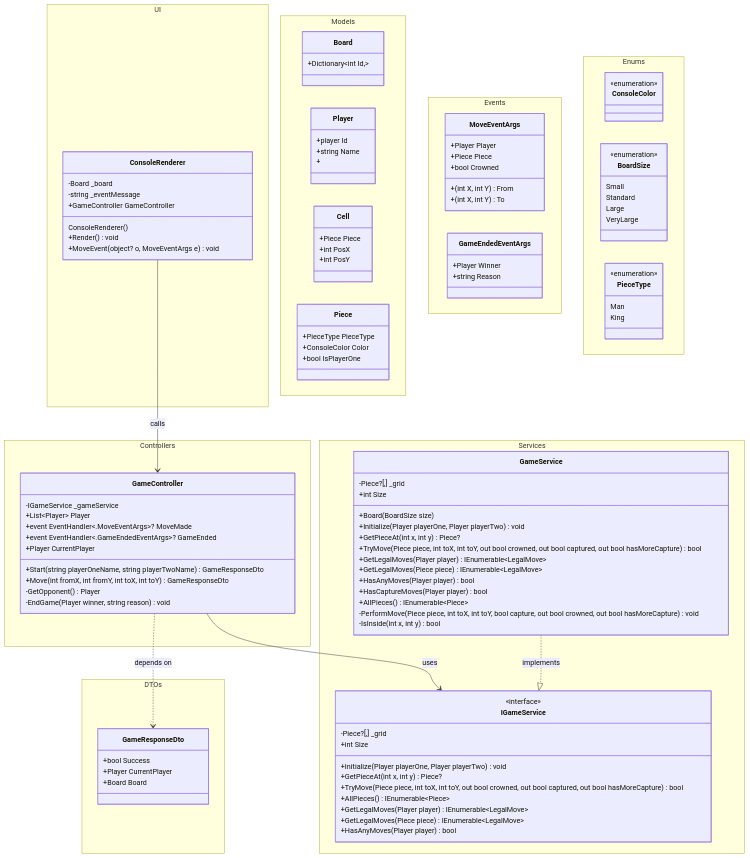
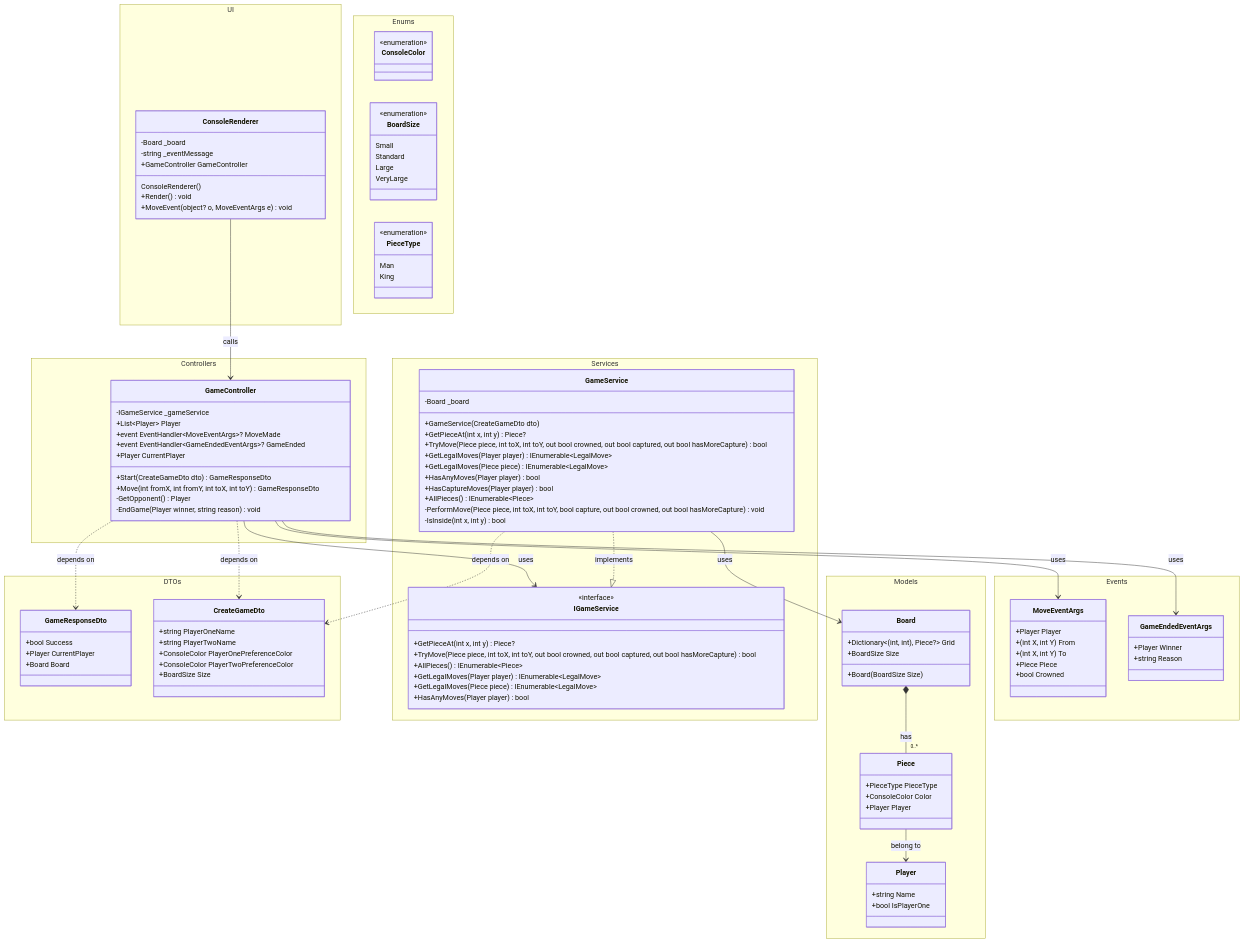
Before and after one commit to BukanRaychan/Formulatrix_CS_Bootcamp_Batch19: the diagram in CheckersBoardGame/CheckersBoardGame.mmd, drawn with Mermaid. The commit also changed 1 other file, not shown here.

Commit message:
refactor: simplify Ngulik class by removing unused notification service and related classes

```diff
--- a/CheckersBoardGame/CheckersBoardGame.mmd
+++ b/CheckersBoardGame/CheckersBoardGame.mmd
@@ -1,146 +1,133 @@
 classDiagram
     namespace UI {
         class ConsoleRenderer {
             -Board _board
             -string _eventMessage
             +GameController GameController
             ConsoleRenderer()
             +Render() void
             +MoveEvent(object? o, MoveEventArgs e) void
         }
     }
 
     namespace DTOs {
-        class GameResponseDto{
+        class GameResponseDto {
             +bool Success
             +Player CurrentPlayer
             +Board Board 
+        }
+
+        class CreateGameDto {
+            +string PlayerOneName
+            +string PlayerTwoName
+            +ConsoleColor PlayerOnePreferenceColor
+            +ConsoleColor PlayerTwoPreferenceColor
+            +BoardSize Size
         }
     }
 
     namespace Controllers {
         class GameController {
             -IGameService _gameService            
             +List~Player~ Player
-            +event EventHandler<.MoveEventArgs>? MoveMade
-            +event EventHandler<.GameEndedEventArgs>? GameEnded
+            +event EventHandler~MoveEventArgs~? MoveMade
+            +event EventHandler~GameEndedEventArgs~? GameEnded
             +Player CurrentPlayer
-            +Start(string playerOneName, string playerTwoName) GameResponseDto
+            +Start(CreateGameDto dto) GameResponseDto
             +Move(int fromX, int fromY, int toX, int toY) GameResponseDto
             -GetOpponent() Player
             -EndGame(Player winner, string reason) void
         }
     }
     
     namespace Services {
         class IGameService {
             <<interface>>
-            -Piece?[,] _grid
-            +int Size
-            +Initialize(Player playerOne, Player playerTwo) void
             +GetPieceAt(int x, int y) Piece?
             +TryMove(Piece piece, int toX, int toY, out bool crowned, out bool captured, out bool hasMoreCapture) bool
             +AllPieces() IEnumerable~Piece~
             +GetLegalMoves(Player player) IEnumerable~LegalMove~
             +GetLegalMoves(Piece piece) IEnumerable~LegalMove~
             +HasAnyMoves(Player player) bool
         }
         
         class GameService {
-            -Piece?[,] _grid
-            +int Size
-            +Board(BoardSize size)
-            +Initialize(Player playerOne, Player playerTwo) void
+            -Board _board
+            +GameService(CreateGameDto dto)
             +GetPieceAt(int x, int y) Piece?
             +TryMove(Piece piece, int toX, int toY, out bool crowned, out bool captured, out bool hasMoreCapture) bool
             +GetLegalMoves(Player player) IEnumerable~LegalMove~
             +GetLegalMoves(Piece piece) IEnumerable~LegalMove~
             +HasAnyMoves(Player player) bool
             +HasCaptureMoves(Player player) bool
             +AllPieces() IEnumerable~Piece~
             -PerformMove(Piece piece, int toX, int toY, bool capture, out bool crowned, out bool hasMoreCapture) void
             -IsInside(int x, int y) bool
         }
     }
     
     namespace Models {
         class Board {
-            +Dictionary~int Id,~
-        }
-        class Player {
-            +player Id
-            +string Name
-            +    
-        }
-        class Cell {
-            +Piece Piece
-            +int PosX
-            +int PosY
+            +Dictionary#lt;#40;int, int#41;, Piece?#gt; Grid 
+            +BoardSize Size
+            
+            +Board(BoardSize Size)
         }
         class Piece {
             +PieceType PieceType
             +ConsoleColor Color
-            +bool IsPlayerOne
+            +Player Player
+        }
+
+        class Player {
+            +string Name
+            +bool IsPlayerOne    
         }
     }
-
-
 
     namespace Events {
         class MoveEventArgs {
             +Player Player
-            +(int X, int Y) From
-            +(int X, int Y) To
+            +#40;int X, int Y#41; From
+            +#40;int X, int Y#41; To
             +Piece Piece
             +bool Crowned
         }
 
         class GameEndedEventArgs {
             +Player Winner
             +string Reason
         }
     }
 
     namespace Enums {
         class ConsoleColor {
             <<enumeration>>
         }
 
         class BoardSize {
             <<enumeration>>
             Small
             Standard
             Large
             VeryLarge
         }
 
         class PieceType {
             <<enumeration>>
             Man
             King
         }
     }
 
     ConsoleRenderer --> GameController : calls 
     GameController --> IGameService : uses
+    GameController --> MoveEventArgs : uses
+    GameController --> GameEndedEventArgs : uses
     GameController ..> GameResponseDto: depends on
+    GameController ..> CreateGameDto: depends on
     GameService ..|> IGameService: implements
-    
-
-
-    %% GameController --> IBoard : uses
-    %% IBoard *-- "0..*" Piece : has
-    %% IBoard --> "2" Player : initialize
-    %% IBoard --> LegalMove : returns
-    %% GameController o-- Player : owns
-    %% GameController --> Piece : uses
-    %% GameController --> MoveEventArgs : emits
-    %% GameController --> GameEndedEventArgs : emits
-    %% Piece --> Player : owned by
-    %% LegalMove --> Piece : holds
-    %% MoveEventArgs --> Player
-    %% MoveEventArgs --> Piece
-    %% GameEndedEventArgs --> Player
-    %% Board ..|> IBoard
-    %% EventArgs <| -- GameEndedEventArgs
-    %% EventArgs <| -- MoveEventArgs
+    GameService ..> CreateGameDto: depends on
+    GameService --> Board : uses
+    Board *-- "0..*" Piece: has
+    Piece --> Player: belong to
```
